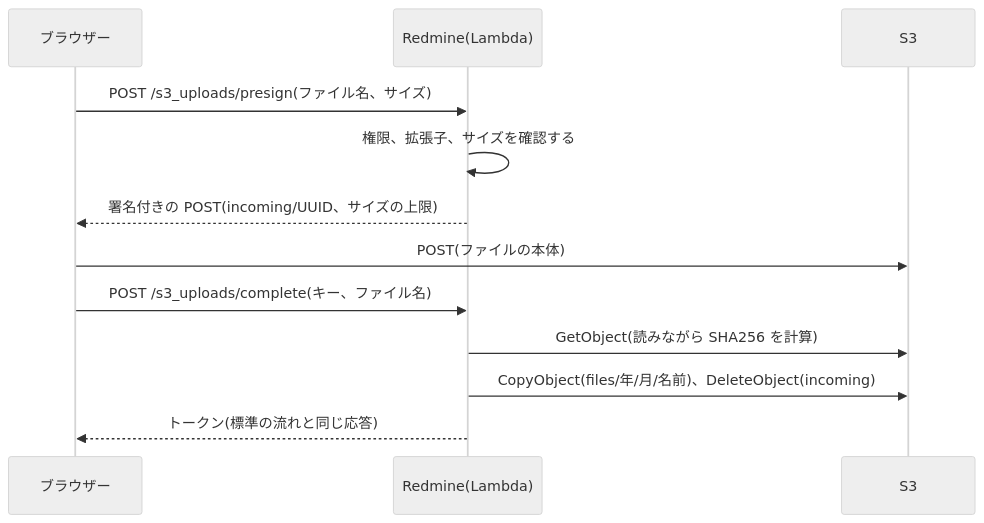
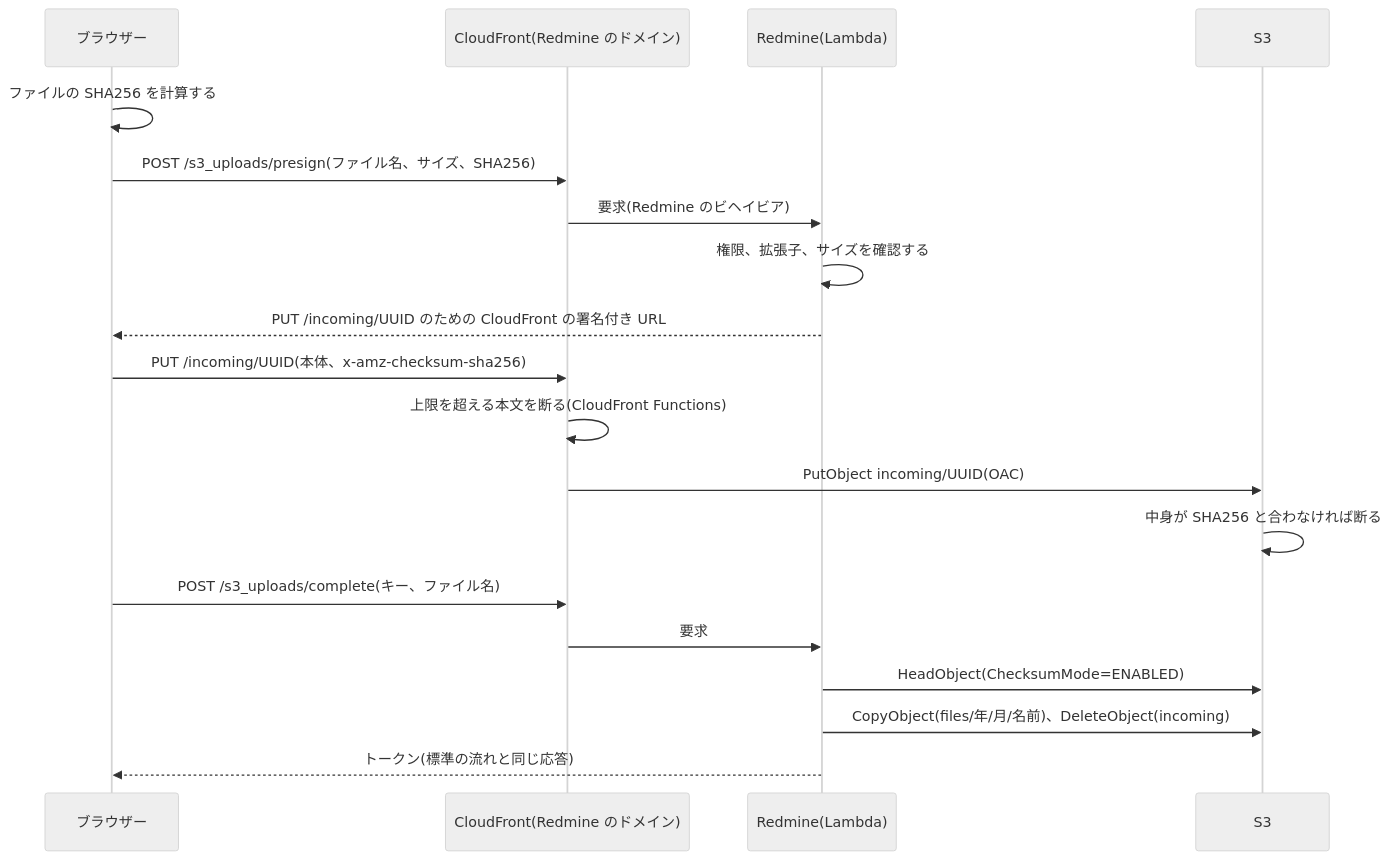
The first of 3 diagrams in docs/ja/attachments.md (redmine-kit/redmine_aws_s3), drawn with Mermaid (neutral theme) before and after one commit. The commit also changed other lines of this file and 9 other files, not shown here.

First line of the commit message:
Upload and download attachments through CloudFront

````diff
--- a/docs/ja/attachments.md
+++ b/docs/ja/attachments.md
@@ -83,14 +84,21 @@
 ```mermaid
 sequenceDiagram
   participant B as ブラウザー
+  participant C as CloudFront(Redmine のドメイン)
   participant R as Redmine(Lambda)
   participant S as S3
-  B->>R: POST /s3_uploads/presign(ファイル名、サイズ)
+  B->>B: ファイルの SHA256 を計算する
+  B->>C: POST /s3_uploads/presign(ファイル名、サイズ、SHA256)
+  C->>R: 要求(Redmine のビヘイビア)
   R->>R: 権限、拡張子、サイズを確認する
-  R-->>B: 署名付きの POST(incoming/UUID、サイズの上限)
-  B->>S: POST(ファイルの本体)
-  B->>R: POST /s3_uploads/complete(キー、ファイル名)
-  R->>S: GetObject(読みながら SHA256 を計算)
+  R-->>B: PUT /incoming/UUID のための CloudFront の署名付き URL
+  B->>C: PUT /incoming/UUID(本体、x-amz-checksum-sha256)
+  C->>C: 上限を超える本文を断る(CloudFront Functions)
+  C->>S: PutObject incoming/UUID(OAC)
+  S->>S: 中身が SHA256 と合わなければ断る
+  B->>C: POST /s3_uploads/complete(キー、ファイル名)
+  C->>R: 要求
+  R->>S: HeadObject(ChecksumMode=ENABLED)
   R->>S: CopyObject(files/年/月/名前)、DeleteObject(incoming)
   R-->>B: トークン(標準の流れと同じ応答)
 ```
````
